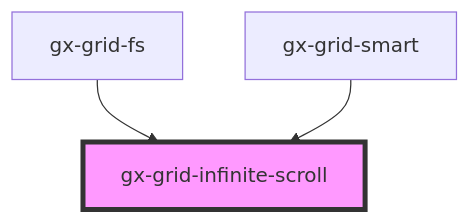
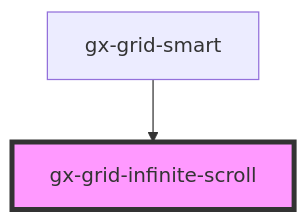
One commit to genexuslabs/web-controls-library changed the diagram in src/components/grid-infinite-scroll/readme.md. Above: the diagram before and after it, drawn with Mermaid. The commit also changed other lines of this file and 13 other files, not shown here.

Commit message:
Grid needed changes for Virtual Scroll.

````diff
--- a/src/components/grid-infinite-scroll/readme.md
+++ b/src/components/grid-infinite-scroll/readme.md
@@ -54,6 +49,5 @@
 ```mermaid
 graph TD;
-  gx-grid-fs --> gx-grid-infinite-scroll
   gx-grid-smart --> gx-grid-infinite-scroll
   style gx-grid-infinite-scroll fill:#f9f,stroke:#333,stroke-width:4px
 ```
````
